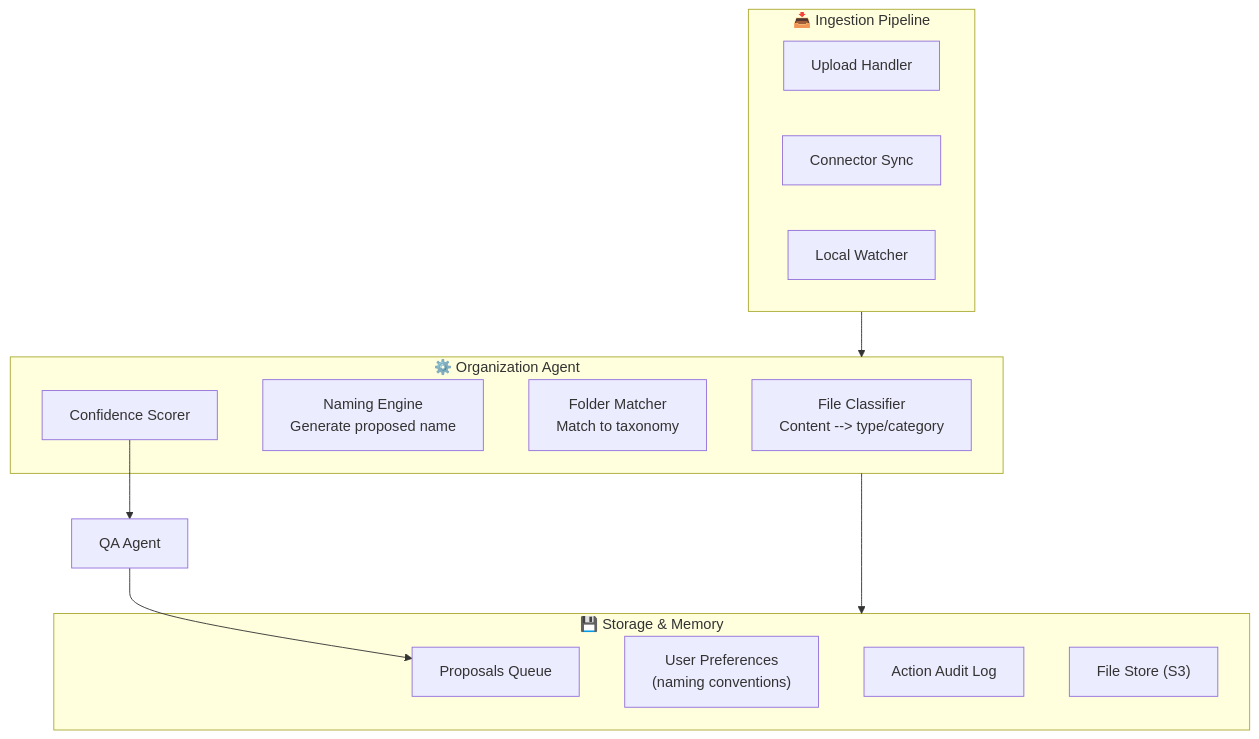
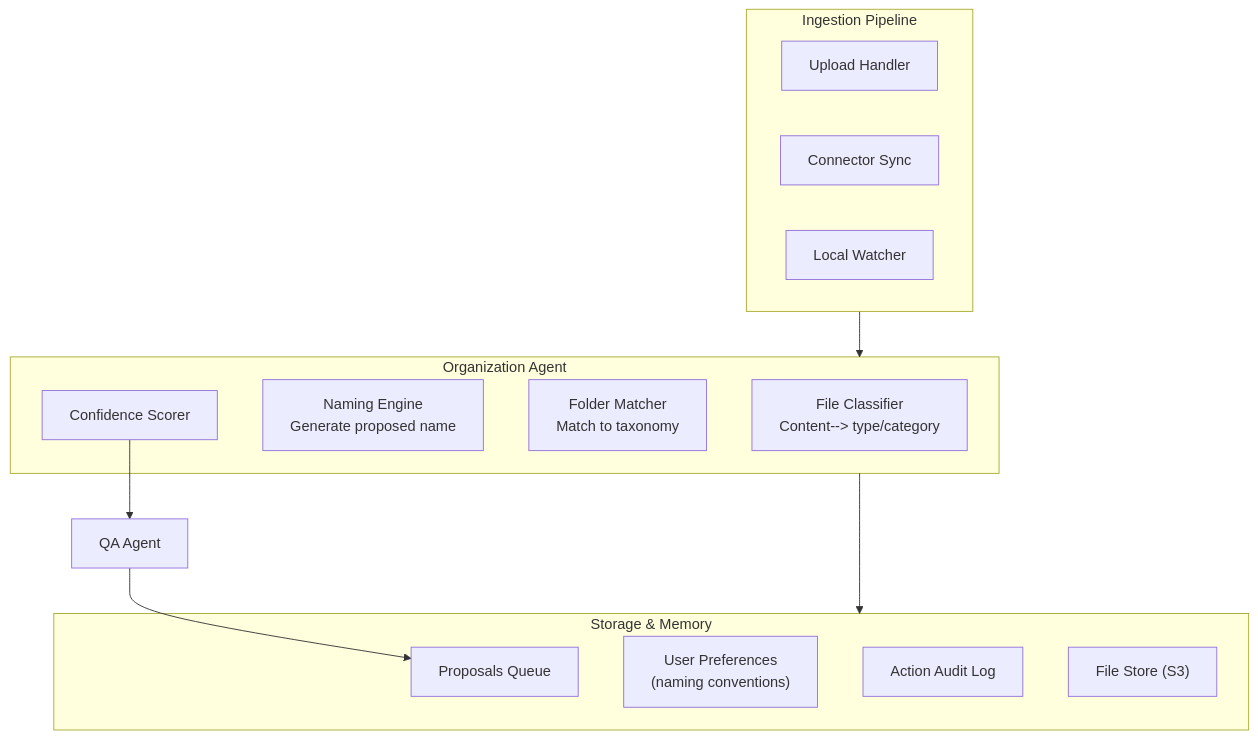
Before and after one commit to Driftloom/Vaeloom: the first of 2 diagrams in docs/product/Feature-Specs/Auto-Organization.md, drawn with Mermaid. The commit also changed other lines of this file and 694 other files, not shown here.

First line of the commit message:
docs: mermaid standardization — encoding/mermaid/duplicate cleanup

````diff
--- a/docs/product/Feature-Specs/Auto-Organization.md
+++ b/docs/product/Feature-Specs/Auto-Organization.md
@@ -182,29 +182,29 @@
 ```mermaid
 graph TD
-    classDef ingest fill:#e3f2fd,stroke:#1565c0,color:#000,stroke-width:2px
-    classDef org fill:#e8f5e9,stroke:#2e7d32,color:#000,stroke-width:1.5px
-    classDef store fill:#fff3e0,stroke:#e65100,color:#000,stroke-width:1.5px
+ classDef ingest fill:#e3f2fd,stroke:#1565c0,color:#000,stroke-width:2px
+ classDef org fill:#e8f5e9,stroke:#2e7d32,color:#000,stroke-width:1.5px
+ classDef store fill:#fff3e0,stroke:#e65100,color:#000,stroke-width:1.5px
 
-    subgraph Ingest["📥 Ingestion Pipeline"]
-        I1["Upload Handler"]
-        I2["Connector Sync"]
-        I3["Local Watcher"]
-    end
+ subgraph Ingest["Ingestion Pipeline"]
+ I1["Upload Handler"]
+ I2["Connector Sync"]
+ I3["Local Watcher"]
+ end
 
-    subgraph Org["⚙️ Organization Agent"]
-        O1["File Classifier<br/>Content --> type/category"]
-        O2["Naming Engine<br/>Generate proposed name"]
-        O3["Folder Matcher<br/>Match to taxonomy"]
-        O4["Confidence Scorer"]
-    end
+ subgraph Org["Organization Agent"]
+ O1["File Classifier<br/>Content--> type/category"]
+ O2["Naming Engine<br/>Generate proposed name"]
+ O3["Folder Matcher<br/>Match to taxonomy"]
+ O4["Confidence Scorer"]
+ end
 
-    subgraph Store["💾 Storage & Memory"]
-        S1["Proposals Queue"]
-        S2["User Preferences<br/>(naming conventions)"]
-        S3["Action Audit Log"]
-        S4["File Store (S3)"]
-    end
+ subgraph Store["Storage & Memory"]
+ S1["Proposals Queue"]
+ S2["User Preferences<br/>(naming conventions)"]
+ S3["Action Audit Log"]
+ S4["File Store (S3)"]
+ end
 
-    Ingest --> Org --> Store
-    O4 --> QA[QA Agent] --> S1
+ Ingest--> Org--> Store
+ O4--> QA[QA Agent]--> S1
 ```
````
